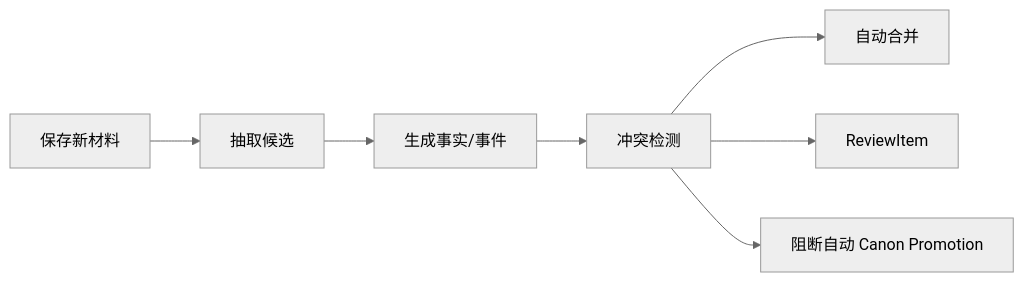
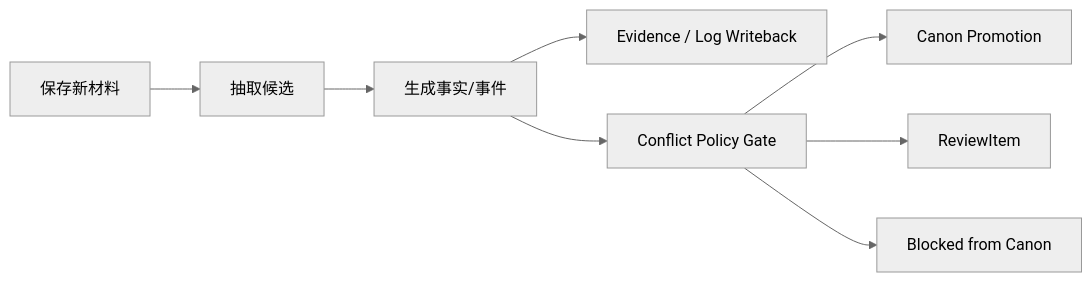
One commit to FrankQDWang/sextantlabs changed the fifth of 5 diagrams in goals/18-conflict-policy.md. Above: the diagram before and after it, drawn with Mermaid (neutral theme). The commit also changed other lines of this file, not shown here.

Commit message:
Clarify review item lifecycle and canon promotion gate

````diff
--- a/goals/18-conflict-policy.md
+++ b/goals/18-conflict-policy.md
@@ -154,9 +193,10 @@
 ```mermaid
 flowchart LR
     A[保存新材料] --> B[抽取候选]
     B --> C[生成事实/事件]
-    C --> D[冲突检测]
-    D --> E[自动合并]
-    D --> F[ReviewItem]
-    D --> G[阻断自动 Canon Promotion]
+    C --> D[Evidence / Log Writeback]
+    C --> E[Conflict Policy Gate]
+    E --> F[Canon Promotion]
+    E --> G[ReviewItem]
+    E --> H[Blocked from Canon]
 ```
````
